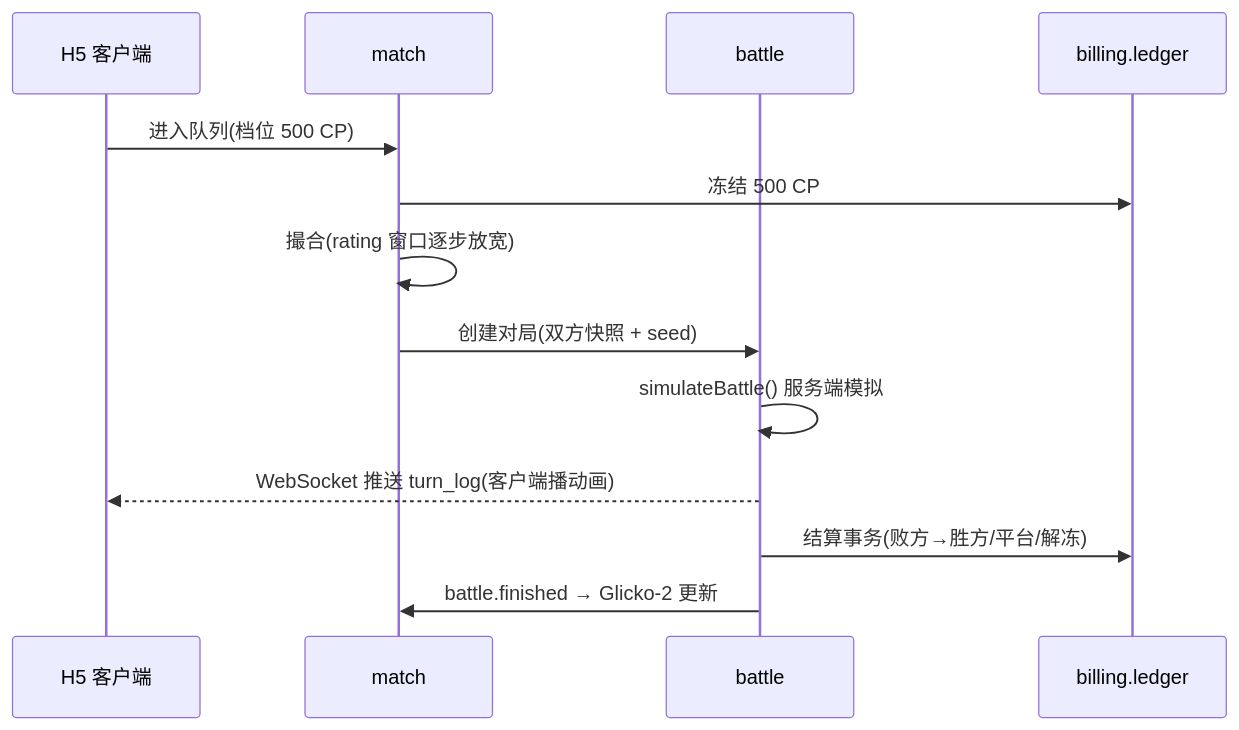
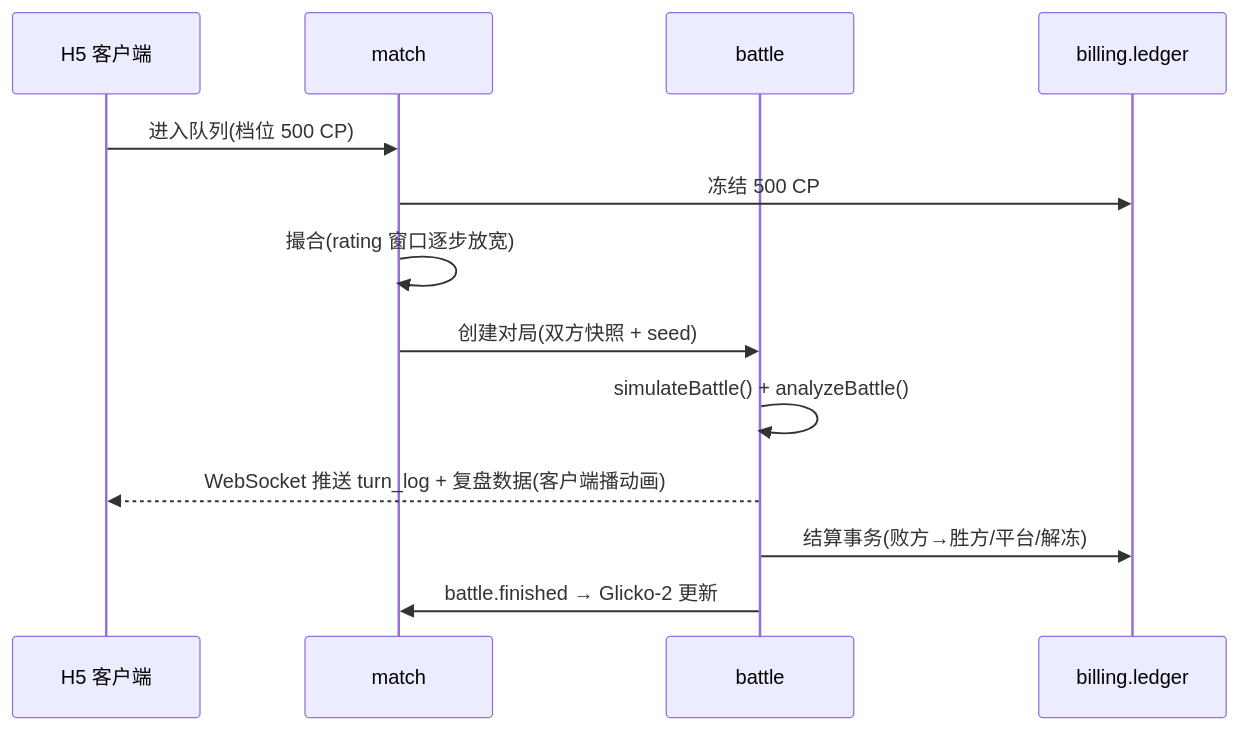
Before and after one commit to YuzuRain/Mogwai: the third of 3 diagrams in docs/architecture.md, drawn with Mermaid. The commit also changed other lines of this file and 2 other files, not shown here.

````diff
--- a/docs/architecture.md
+++ b/docs/architecture.md
@@ -225,16 +309,16 @@
 ```mermaid
 sequenceDiagram
     participant H as H5 客户端
     participant M as match
     participant BT as battle
     participant L as billing.ledger
 
     H->>M: 进入队列(档位 500 CP)
     M->>L: 冻结 500 CP
     M->>M: 撮合(rating 窗口逐步放宽)
     M->>BT: 创建对局(双方快照 + seed)
-    BT->>BT: simulateBattle() 服务端模拟
-    BT-->>H: WebSocket 推送 turn_log(客户端播动画)
+    BT->>BT: simulateBattle() + analyzeBattle()
+    BT-->>H: WebSocket 推送 turn_log + 复盘数据(客户端播动画)
     BT->>L: 结算事务(败方→胜方/平台/解冻)
     BT->>M: battle.finished → Glicko-2 更新
 ```
````
